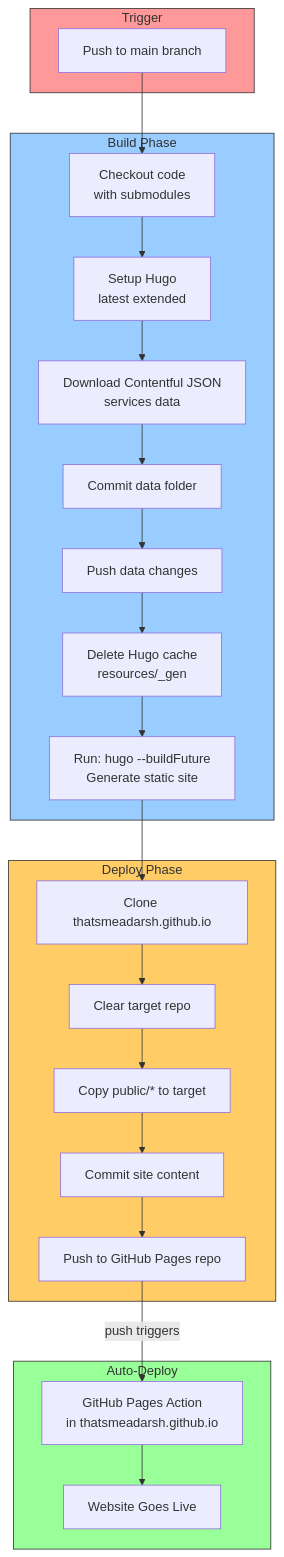
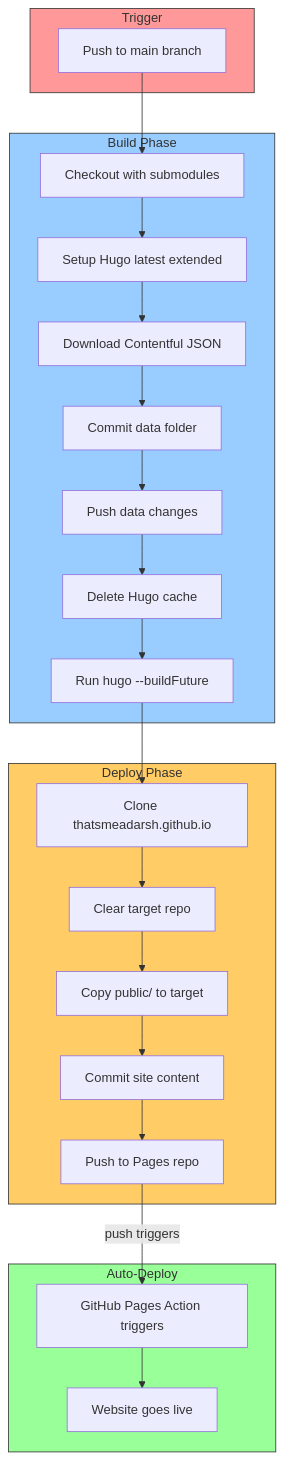
One commit to thatsmeadarsh/n8n-powered-auto-web-publish changed the second of 6 diagrams in docs/architecture.md. Above: the diagram before and after it, drawn with Mermaid. The commit also changed other lines of this file, not shown here.

First line of the commit message:
Fix all diagram rendering issues in architecture.md

````diff
--- a/docs/architecture.md
+++ b/docs/architecture.md
@@ -161,38 +140,38 @@
 ```mermaid
 graph TD
     subgraph Trigger["Trigger"]
         T[Push to main branch]
     end
 
     subgraph Build["Build Phase"]
-        CO[Checkout code<br/>with submodules]
-        HS[Setup Hugo<br/>latest extended]
-        DL[Download Contentful JSON<br/>services data]
+        CO[Checkout with submodules]
+        HS[Setup Hugo latest extended]
+        DL[Download Contentful JSON]
         CD[Commit data folder]
         PD[Push data changes]
-        RC[Delete Hugo cache<br/>resources/_gen]
-        HB[Run: hugo --buildFuture<br/>Generate static site]
+        RC[Delete Hugo cache]
+        HB[Run hugo --buildFuture]
     end
 
     subgraph Deploy["Deploy Phase"]
         CL[Clone thatsmeadarsh.github.io]
         RM[Clear target repo]
-        CY[Copy public/* to target]
+        CY[Copy public/ to target]
         CM[Commit site content]
-        PS[Push to GitHub Pages repo]
+        PS[Push to Pages repo]
     end
 
     subgraph Live["Auto-Deploy"]
-        PA[GitHub Pages Action<br/>in thatsmeadarsh.github.io]
-        WB[Website Goes Live]
+        PA[GitHub Pages Action triggers]
+        WB[Website goes live]
     end
 
     T --> CO --> HS --> DL --> CD --> PD
     PD --> RC --> HB --> CL --> RM --> CY --> CM --> PS
     PS -->|push triggers| PA --> WB
 
     style Trigger fill:#ff9999,stroke:#333
     style Build fill:#99ccff,stroke:#333
     style Deploy fill:#ffcc66,stroke:#333
     style Live fill:#99ff99,stroke:#333
 ```
````
